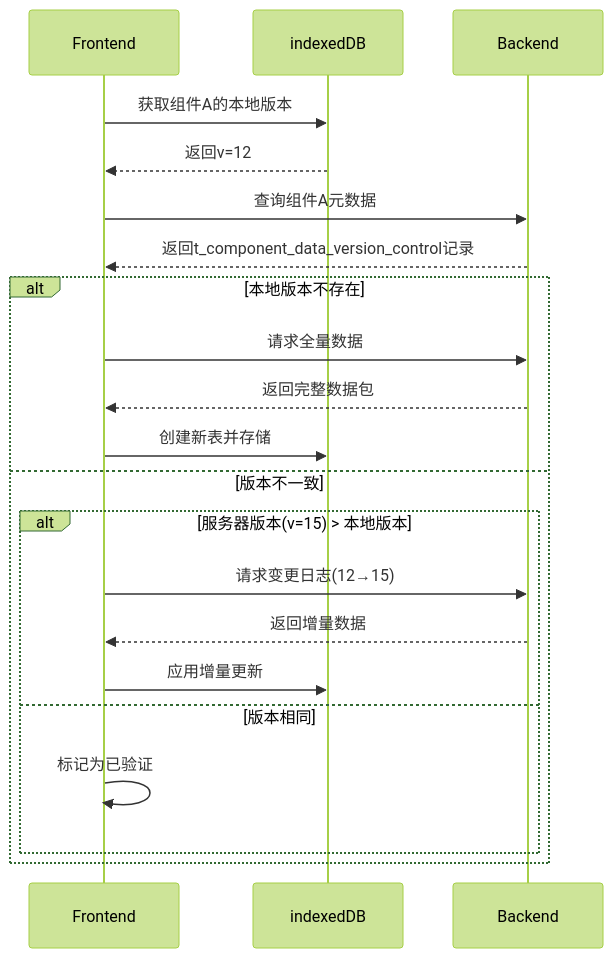
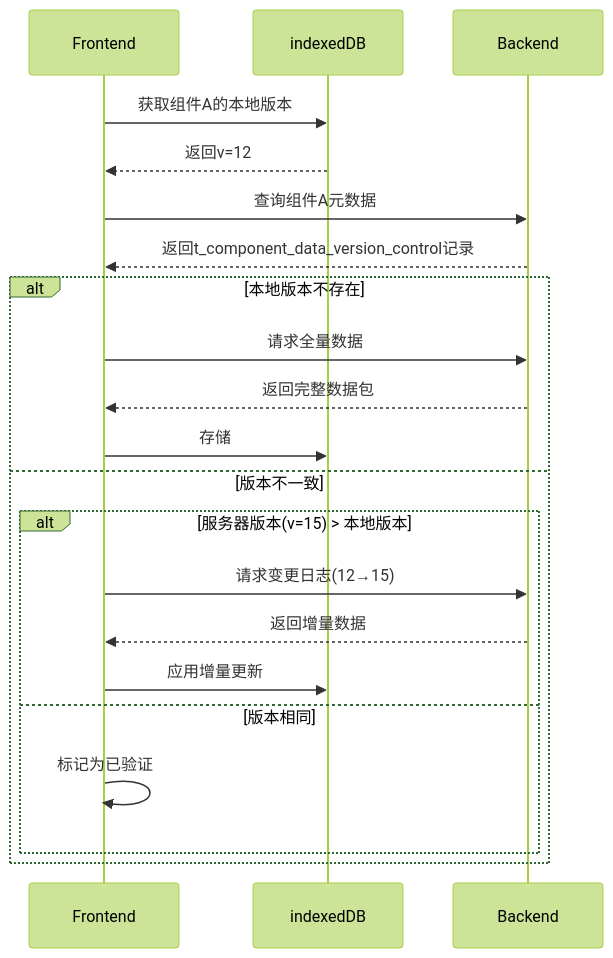
The diagram in all/未命名-24.md (yingjianzh/iodraw-files), drawn with Mermaid (forest theme) before and after one commit.

Commit message:
2025-02-24 17:15:39 update

````diff
--- a/all/未命名-24.md
+++ b/all/未命名-24.md
@@ -1,26 +1,26 @@
 ```mermaid
 sequenceDiagram
     participant Frontend
     participant indexedDB
     participant Backend
 
     Frontend->>indexedDB: 获取组件A的本地版本
     indexedDB-->>Frontend: 返回v=12
     
     Frontend->>Backend: 查询组件A元数据
     Backend-->>Frontend: 返回t_component_data_version_control记录
     
     alt 本地版本不存在
         Frontend->>Backend: 请求全量数据
         Backend-->>Frontend: 返回完整数据包
-        Frontend->>indexedDB: 创建新表并存储
+        Frontend->>indexedDB: 存储
     else 版本不一致
         alt 服务器版本(v=15) > 本地版本
             Frontend->>Backend: 请求变更日志(12→15)
             Backend-->>Frontend: 返回增量数据
             Frontend->>indexedDB: 应用增量更新
         else 版本相同
             Frontend->>Frontend: 标记为已验证
         end
     end
 ```
````
